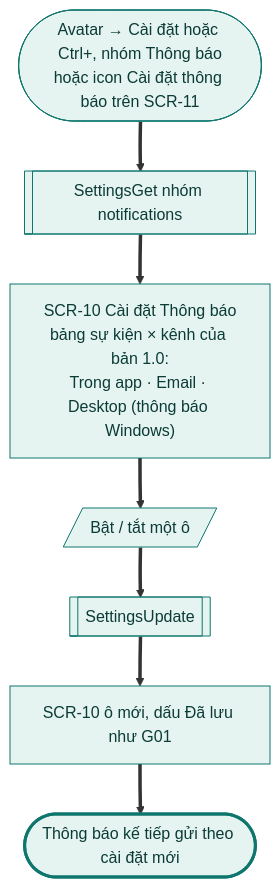
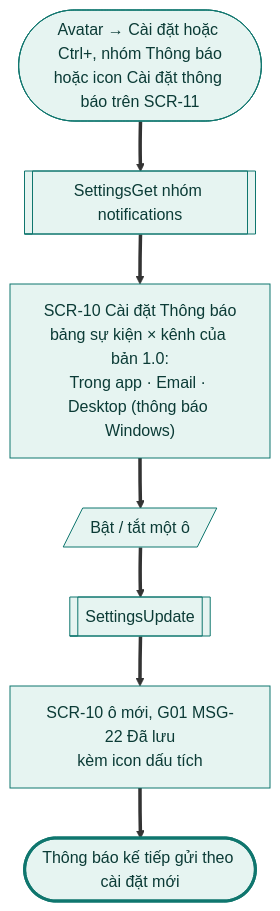
The third of 6 diagrams in docs/design-brief/flow/g12-workspace-billing.md (tannguyenho/personal-app), drawn with Mermaid before and after one commit. The commit also changed other lines of this file and 5 other files, not shown here.

First line of the commit message:
docs(G08, G12): áp quyết định PO 09/11 vào SRS, PRD, flow

````diff
--- a/docs/design-brief/flow/g12-workspace-billing.md
+++ b/docs/design-brief/flow/g12-workspace-billing.md
@@ -107,24 +115,24 @@
 ```mermaid
 flowchart TD
   start(["Avatar → Cài đặt hoặc Ctrl+, nhóm Thông báo<br/>hoặc icon Cài đặt thông báo trên SCR-11"])
   p1[["SettingsGet nhóm notifications"]]
   s1["SCR-10 Cài đặt Thông báo<br/>bảng sự kiện × kênh của bản 1.0:<br/>Trong app · Email · Desktop (thông báo Windows)"]
   u1[/"Bật / tắt một ô"/]
   p2[["SettingsUpdate"]]
-  s2["SCR-10 ô mới, dấu Đã lưu như G01"]
+  s2["SCR-10 ô mới, G01 MSG-22 Đã lưu<br/>kèm icon dấu tích"]
   ok(["Thông báo kế tiếp gửi theo cài đặt mới"])
 
   start ==> p1 ==> s1 ==> u1 ==> p2 ==> s2 ==> ok
 
   class start,p1,s1,u1,p2,s2 happy
   class ok done
   classDef happy fill:#E6F4F1,stroke:#0F766E,color:#0B3B36
   classDef alt fill:#F1F3F5,stroke:#6B7280,color:#1F2937
   classDef err fill:#FDECEC,stroke:#B42318,color:#5C1010
   classDef warn fill:#FEF4E2,stroke:#B45309,color:#4A2604
   classDef ai fill:#F1ECFD,stroke:#6D28D9,color:#2E1065
   classDef sync fill:#FFFFFF,stroke:#6B7280,stroke-dasharray:4 3,color:#1F2937
   classDef link fill:#FFFFFF,stroke:#0F766E,stroke-dasharray:4 3,color:#0B3B36
   classDef done fill:#E6F4F1,stroke:#0F766E,stroke-width:3px,color:#0B3B36
   classDef fail fill:#FDECEC,stroke:#B42318,stroke-width:3px,color:#5C1010
 ```
````
